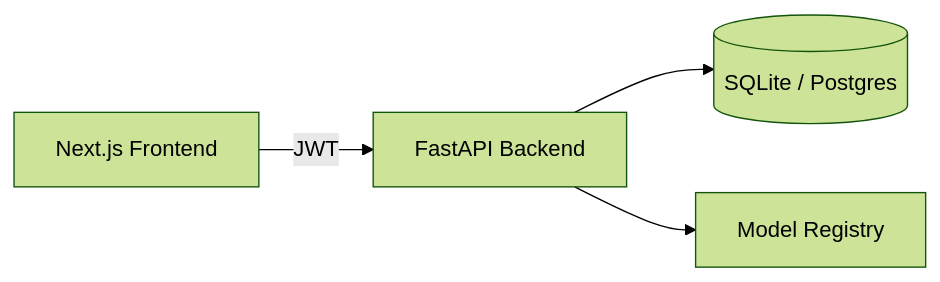
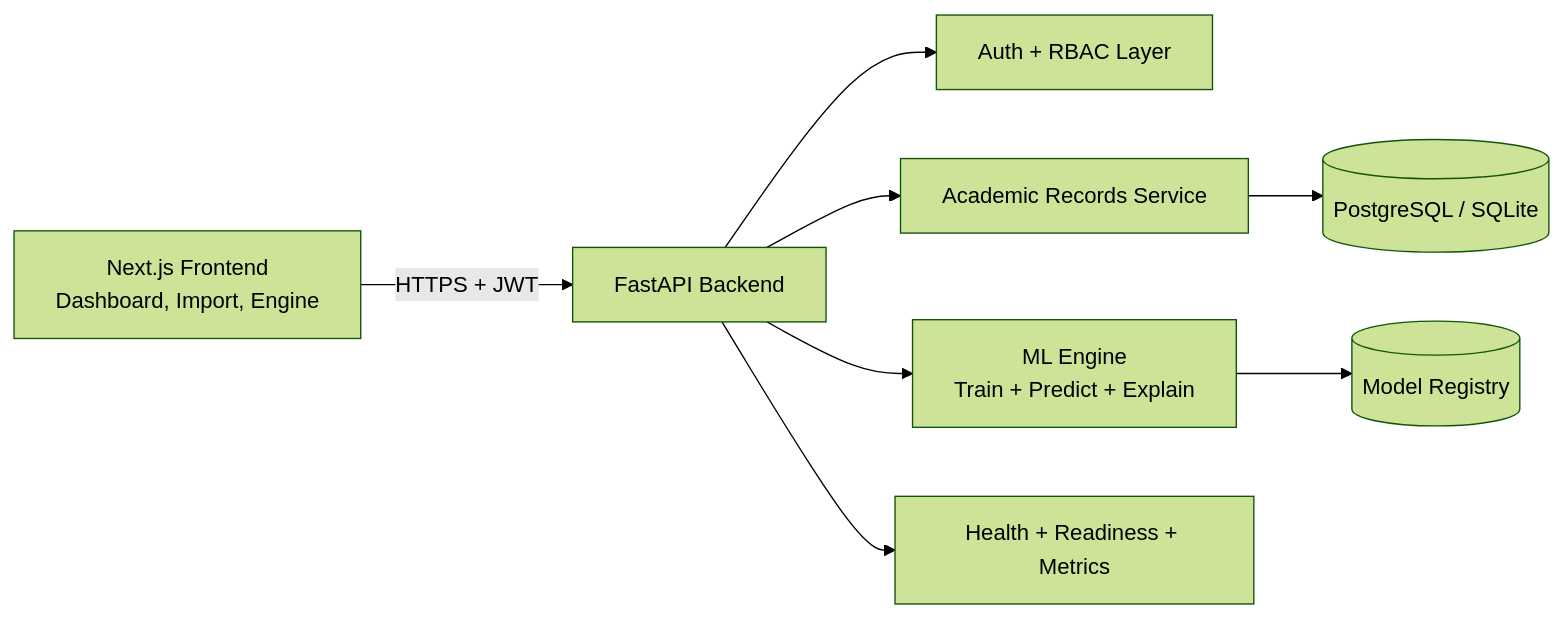
The first of 3 diagrams in README.md (NuhashMaq/EduPredict), drawn with Mermaid (forest theme) before and after one commit. The commit also changed other lines of this file and 4 other files, not shown here.

````diff
--- a/README.md
+++ b/README.md
@@ -119,6 +53,10 @@
 ```mermaid
 flowchart LR
-  UI[Next.js Frontend] -->|JWT| API[FastAPI Backend]
-  API --> DB[(SQLite / Postgres)]
-  API --> ML[Model Registry]
+    FE[Next.js Frontend\nDashboard, Import, Engine] -->|HTTPS + JWT| API[FastAPI Backend]
+    API --> AUTH[Auth + RBAC Layer]
+    API --> ACAD[Academic Records Service]
+    API --> MLE[ML Engine\nTrain + Predict + Explain]
+    ACAD --> DB[(PostgreSQL / SQLite)]
+    MLE --> REG[(Model Registry)]
+    API --> OBS[Health + Readiness + Metrics]
 ```
````
